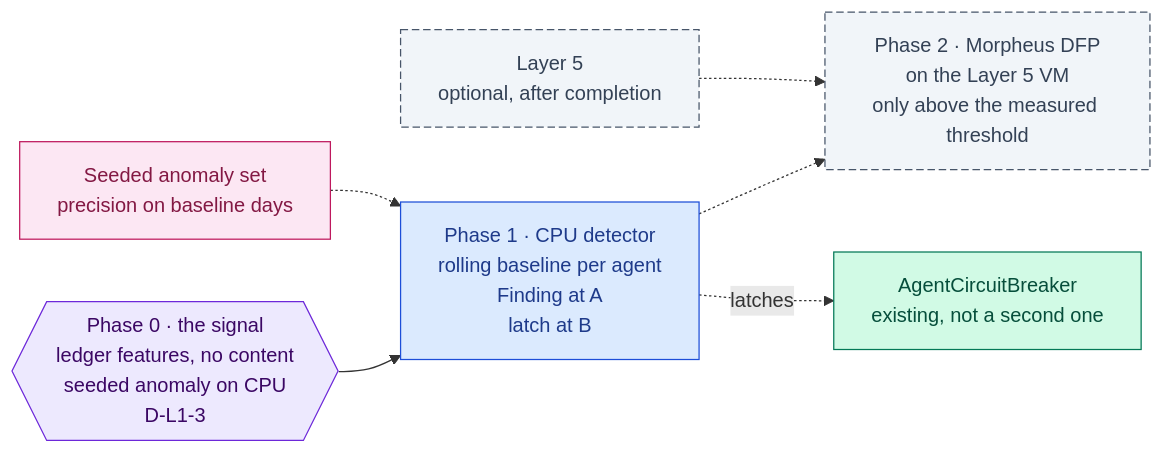
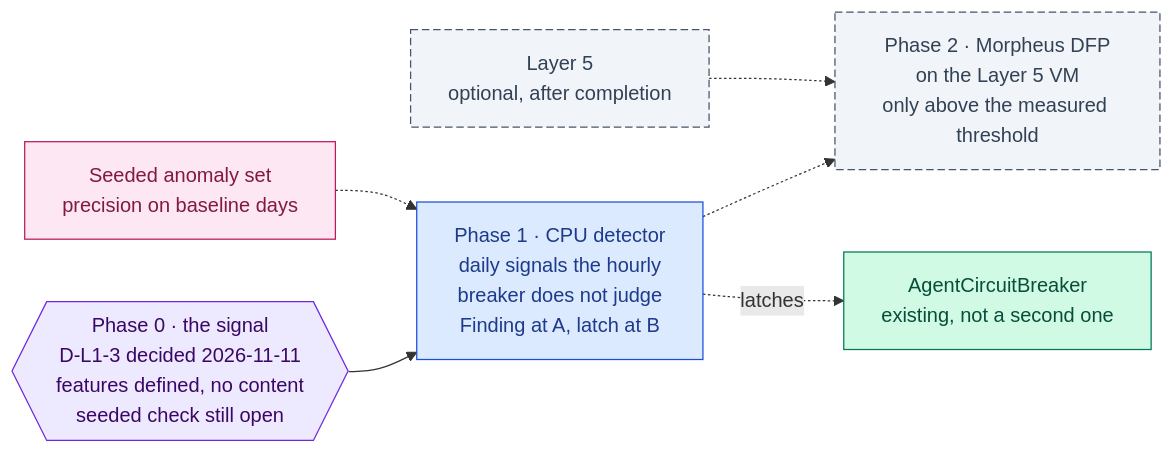
Before and after one commit to RodnaPamet/inflect-compliance: the diagram in docs/ai-architecture/morpheus.md, drawn with Mermaid. The commit also changed other lines of this file and 287 other files, not shown here.

First line of the commit message:
AI roadmap waves 0–1: owner decisions, 22 phases built across 15 roadmaps (#5323)

````diff
--- a/docs/ai-architecture/morpheus.md
+++ b/docs/ai-architecture/morpheus.md
@@ -30,22 +35,22 @@
 ```mermaid
 flowchart LR
-  P0{{"Phase 0 · the signal<br/>ledger features, no content<br/>seeded anomaly on CPU<br/>D-L1-3"}}:::gate
-  P1["Phase 1 · CPU detector<br/>rolling baseline per agent<br/>Finding at A<br/>latch at B"]:::todo
+  P0{{"Phase 0 · the signal<br/>D-L1-3 decided 2026-11-11<br/>features defined, no content<br/>seeded check still open"}}:::gate
+  P1["Phase 1 · CPU detector<br/>daily signals the hourly<br/>breaker does not judge<br/>Finding at A, latch at B"]:::todo
   P2["Phase 2 · Morpheus DFP<br/>on the Layer 5 VM<br/>only above the measured threshold"]:::optional
   BRK["AgentCircuitBreaker<br/>existing, not a second one"]:::done
   MOD["Layer 5<br/>optional, after completion"]:::optional
   SEED["Seeded anomaly set<br/>precision on baseline days"]:::eval
   P0 --> P1
   P1 -.-> P2
   P1 -.->|latches| BRK
   MOD -.-> P2
   SEED -.-> P1
 
   classDef done fill:#d1fae5,stroke:#047857,color:#064e3b
   classDef todo fill:#dbeafe,stroke:#1d4ed8,color:#1e3a8a
   classDef gate fill:#ede9fe,stroke:#6d28d9,color:#3b0764
   classDef ext fill:#ffffff,stroke:#64748b,color:#334155,stroke-dasharray:3 3
   classDef eval fill:#fce7f3,stroke:#be185d,color:#831843
   classDef declined fill:#f3f4f6,stroke:#6b7280,color:#374151,stroke-dasharray:4 3
   classDef optional fill:#f1f5f9,stroke:#475569,color:#334155,stroke-dasharray:6 3
 ```
````
